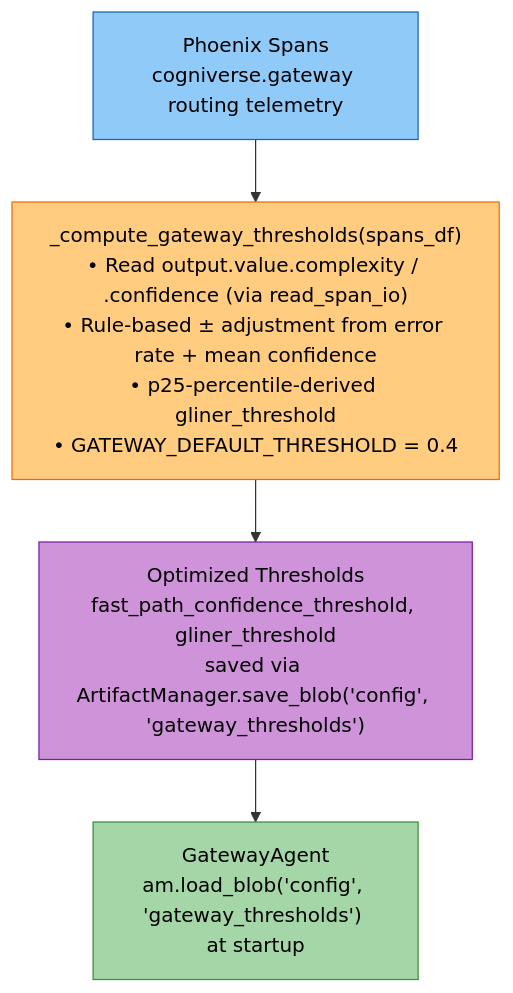
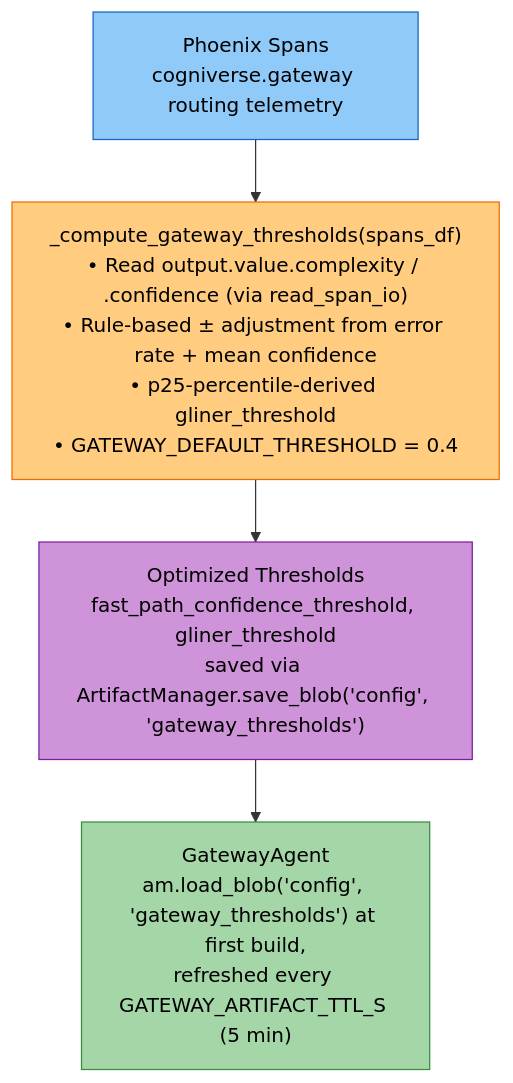
The second of 4 diagrams in docs/modules/optimization.md (amit-jain/cogniverse), drawn with Mermaid before and after one commit. The commit also changed other lines of this file and 5 other files, not shown here.

First line of the commit message:
Reload gateway thresholds on cached dispatches after a TTL

````diff
--- a/docs/modules/optimization.md
+++ b/docs/modules/optimization.md
@@ -168,15 +169,15 @@
 ```mermaid
 flowchart TB
     Phoenix["<span style='color:#000'>Phoenix Spans<br/>cogniverse.gateway routing telemetry</span>"]
 
     Phoenix --> Compute["<span style='color:#000'>_compute_gateway_thresholds(spans_df)<br/>• Read output.value.complexity / .confidence (via read_span_io)<br/>• Rule-based ± adjustment from error rate + mean confidence<br/>• p25-percentile-derived gliner_threshold<br/>• GATEWAY_DEFAULT_THRESHOLD = 0.4</span>"]
 
     Compute --> Thresholds["<span style='color:#000'>Optimized Thresholds<br/>fast_path_confidence_threshold, gliner_threshold<br/>saved via ArtifactManager.save_blob('config', 'gateway_thresholds')</span>"]
 
-    Thresholds --> Gateway["<span style='color:#000'>GatewayAgent<br/>am.load_blob('config', 'gateway_thresholds') at startup</span>"]
+    Thresholds --> Gateway["<span style='color:#000'>GatewayAgent<br/>am.load_blob('config', 'gateway_thresholds') at first build,<br/>refreshed every GATEWAY_ARTIFACT_TTL_S (5 min)</span>"]
 
     style Phoenix fill:#90caf9,stroke:#1565c0,color:#000
     style Compute fill:#ffcc80,stroke:#ef6c00,color:#000
     style Thresholds fill:#ce93d8,stroke:#7b1fa2,color:#000
     style Gateway fill:#a5d6a7,stroke:#388e3c,color:#000
 ```
````
